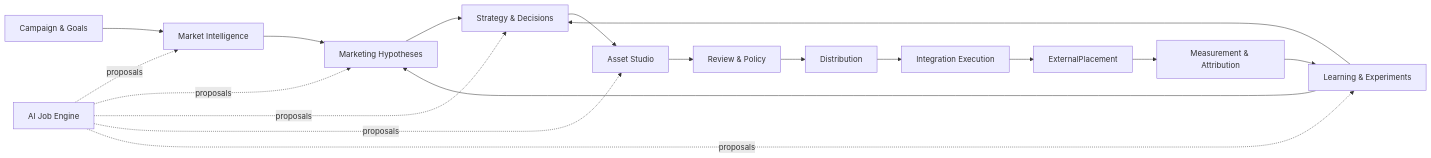
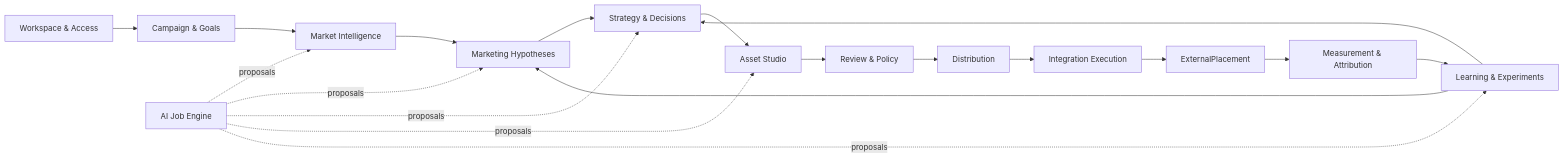
Before and after one commit to afkochnev/iteam-ai-marketing: the diagram in docs/architecture-v2/domain-map.md, drawn with Mermaid. The commit also changed other lines of this file and 8 other files, not shown here.

````diff
--- a/docs/architecture-v2/domain-map.md
+++ b/docs/architecture-v2/domain-map.md
@@ -26,20 +27,21 @@
 ```mermaid
 flowchart LR
-  G[Campaign & Goals] --> R[Market Intelligence]
+  W[Workspace & Access] --> G[Campaign & Goals]
+  G --> R[Market Intelligence]
   R --> H[Marketing Hypotheses]
   H --> S[Strategy & Decisions]
   S --> A[Asset Studio]
   A --> V[Review & Policy]
   V --> D[Distribution]
   D --> X[Integration Execution]
   X --> P[ExternalPlacement]
   P --> M[Measurement & Attribution]
   M --> L[Learning & Experiments]
   L --> H
   L --> S
   J[AI Job Engine] -. proposals .-> R
   J -. proposals .-> H
   J -. proposals .-> S
   J -. proposals .-> A
   J -. proposals .-> L
 ```
````
